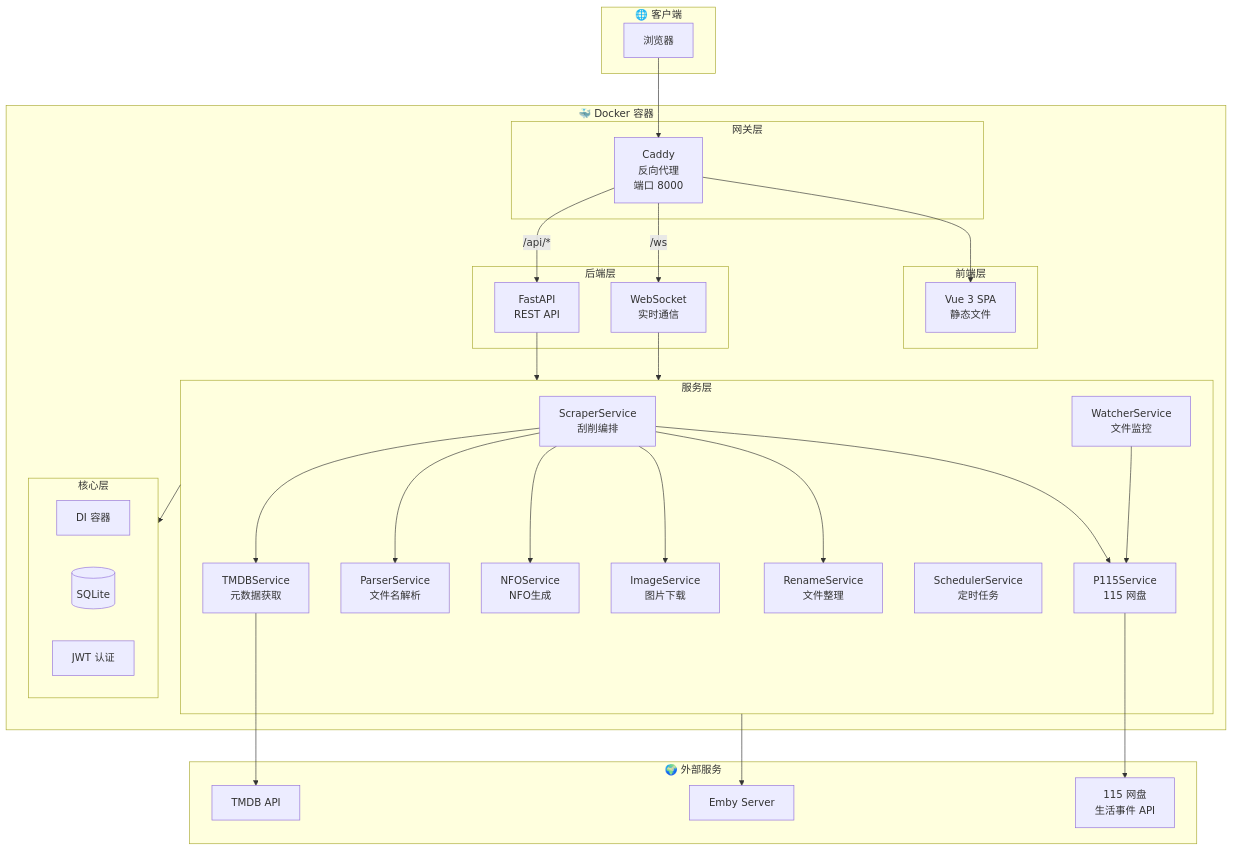
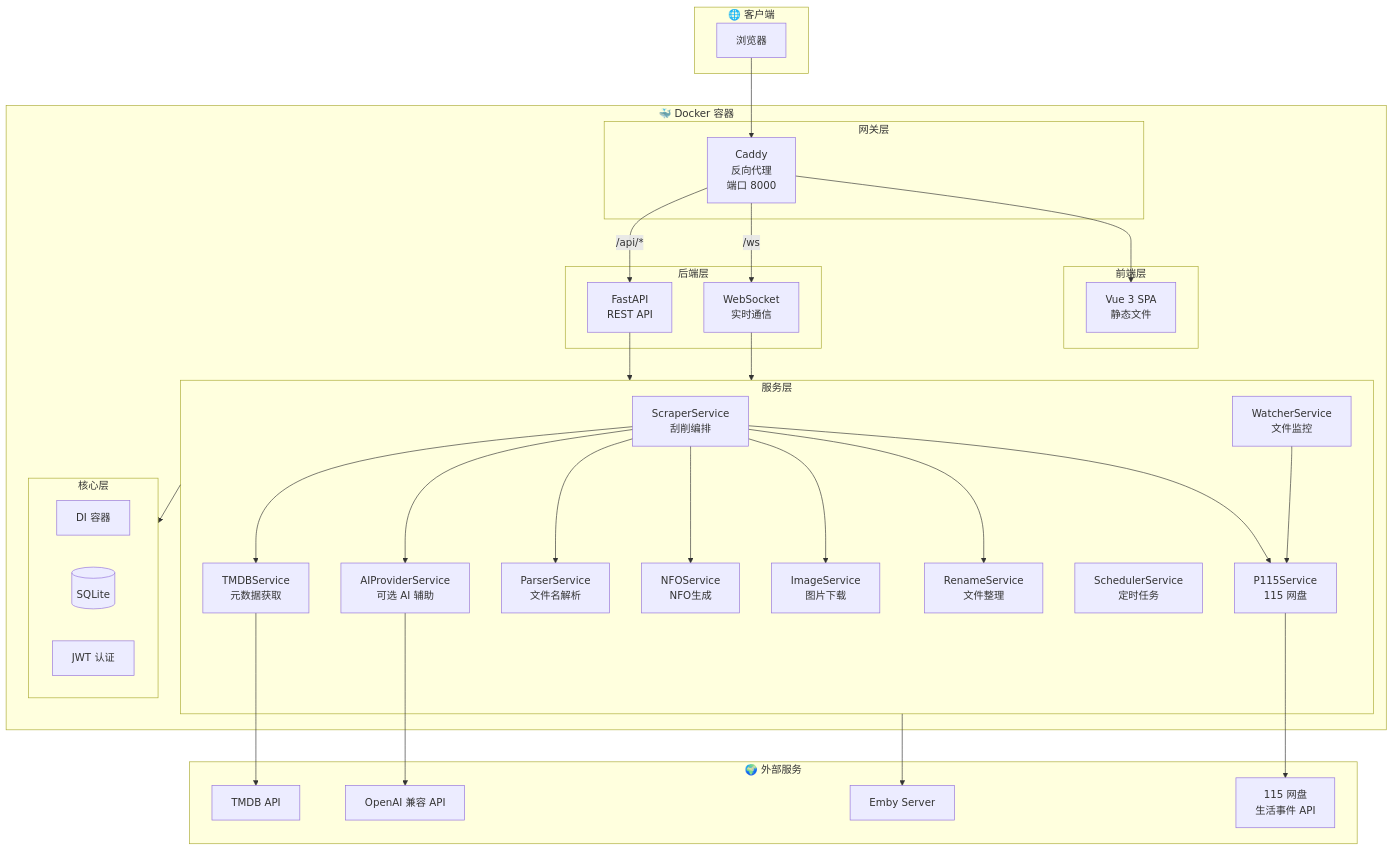
Before and after one commit to sfgawrgarf/MHTI: the first of 6 diagrams in README.md, drawn with Mermaid. The commit also changed other lines of this file, not shown here.

````diff
--- a/README.md
+++ b/README.md
@@ -48,63 +52,67 @@
 ```mermaid
 graph TB
     subgraph Client["🌐 客户端"]
         Browser[浏览器]
     end
 
     subgraph Docker["🐳 Docker 容器"]
         subgraph Gateway["网关层"]
             Caddy[Caddy<br/>反向代理<br/>端口 8000]
         end
 
         subgraph Frontend["前端层"]
             Vue[Vue 3 SPA<br/>静态文件]
         end
 
         subgraph Backend["后端层"]
             FastAPI[FastAPI<br/>REST API]
             WebSocket[WebSocket<br/>实时通信]
         end
 
         subgraph Services["服务层"]
             ScraperSvc[ScraperService<br/>刮削编排]
             TMDBSvc[TMDBService<br/>元数据获取]
+            AISvc[AIProviderService<br/>可选 AI 辅助]
             ParserSvc[ParserService<br/>文件名解析]
             NFOSvc[NFOService<br/>NFO生成]
             ImageSvc[ImageService<br/>图片下载]
             P115Svc[P115Service<br/>115 网盘]
             WatcherSvc[WatcherService<br/>文件监控]
             RenameSvc[RenameService<br/>文件整理]
             SchedulerSvc[SchedulerService<br/>定时任务]
         end
 
         subgraph Core["核心层"]
             Container[DI 容器]
             Database[(SQLite)]
             Auth[JWT 认证]
         end
     end
 
     subgraph External["🌍 外部服务"]
         TMDB[TMDB API]
+        AI[OpenAI 兼容 API]
         Emby[Emby Server]
         P115["115 网盘<br/>生活事件 API"]
     end
 
     Browser --> Caddy
     Caddy --> Vue
     Caddy -->|/api/*| FastAPI
     Caddy -->|/ws| WebSocket
     FastAPI --> Services
     WebSocket --> Services
     Services --> Core
     ScraperSvc --> TMDBSvc
+    ScraperSvc --> AISvc
     ScraperSvc --> ParserSvc
     ScraperSvc --> NFOSvc
     ScraperSvc --> ImageSvc
     ScraperSvc --> RenameSvc
     ScraperSvc --> P115Svc
     TMDBSvc --> TMDB
+    AISvc --> AI
     Services --> Emby
     P115Svc --> P115
     WatcherSvc --> P115Svc
 ```
````
